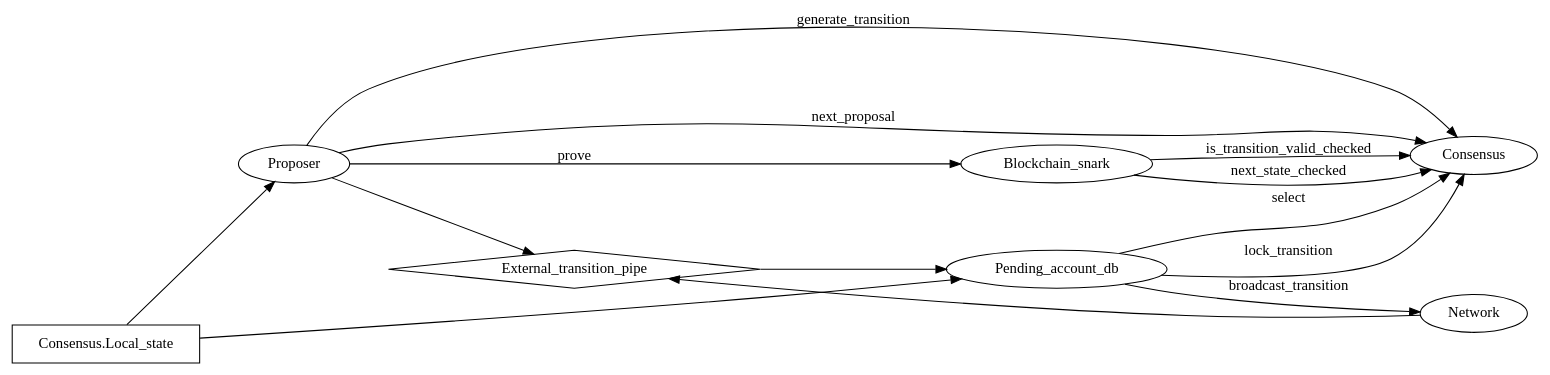
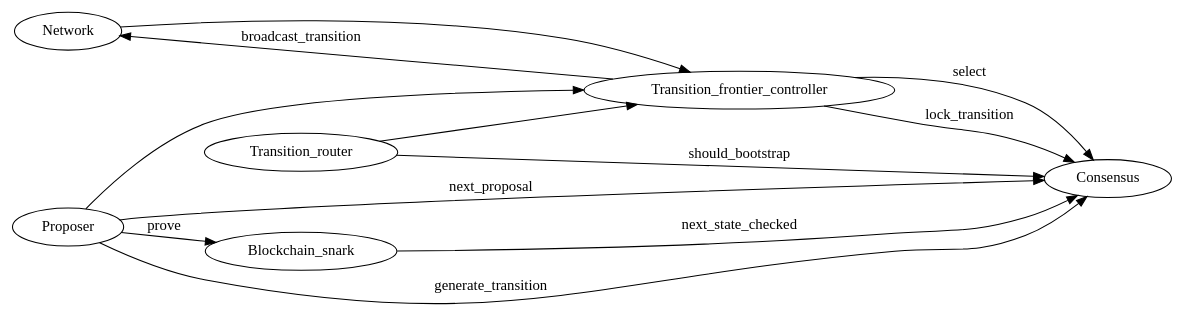
One commit to MinaProtocol/mina changed the diagram in docs/res/consensus_hooks.dot. Above: the diagram before and after it, drawn with Graphviz. The commit also changed 5 other files, not shown here.

```diff
--- a/docs/res/consensus_hooks.dot
+++ b/docs/res/consensus_hooks.dot
@@ -1,24 +1,21 @@
 digraph G {
   rankdir=LR;
 
-  "Consensus.Local_state" [shape="rectangle"];
-  "External_transition_pipe" [shape="diamond"];
+  { rank=source; Network; Proposer }
+  { rank=same; Transition_router; Blockchain_snark }
+  { rank=sink; Consensus }
 
-  Network -> External_transition_pipe;
-  Proposer -> External_transition_pipe;
-  External_transition_pipe -> Pending_account_db;
-  Pending_account_db -> Network [label="broadcast_transition"];
+  {Network, Proposer, Transition_router} -> Transition_frontier_controller;
+  Transition_frontier_controller -> Network [label="broadcast_transition"];
 
-  "Consensus.Local_state" -> Proposer;
-  "Consensus.Local_state" -> Pending_account_db;
+  Transition_router -> Consensus [label="should_bootstrap"];
+
+  Transition_frontier_controller -> Consensus [label="select"];
+  Transition_frontier_controller -> Consensus [label="lock_transition"];
 
   Proposer -> Consensus [label="generate_transition"];
   Proposer -> Consensus [label="next_proposal"];
   Proposer -> Blockchain_snark [label="prove"];
 
-  Blockchain_snark -> Consensus [label="is_transition_valid_checked"];
   Blockchain_snark -> Consensus [label="next_state_checked"];
-
-  Pending_account_db -> Consensus [label="select"];
-  Pending_account_db -> Consensus [label="lock_transition"];
 }
```
